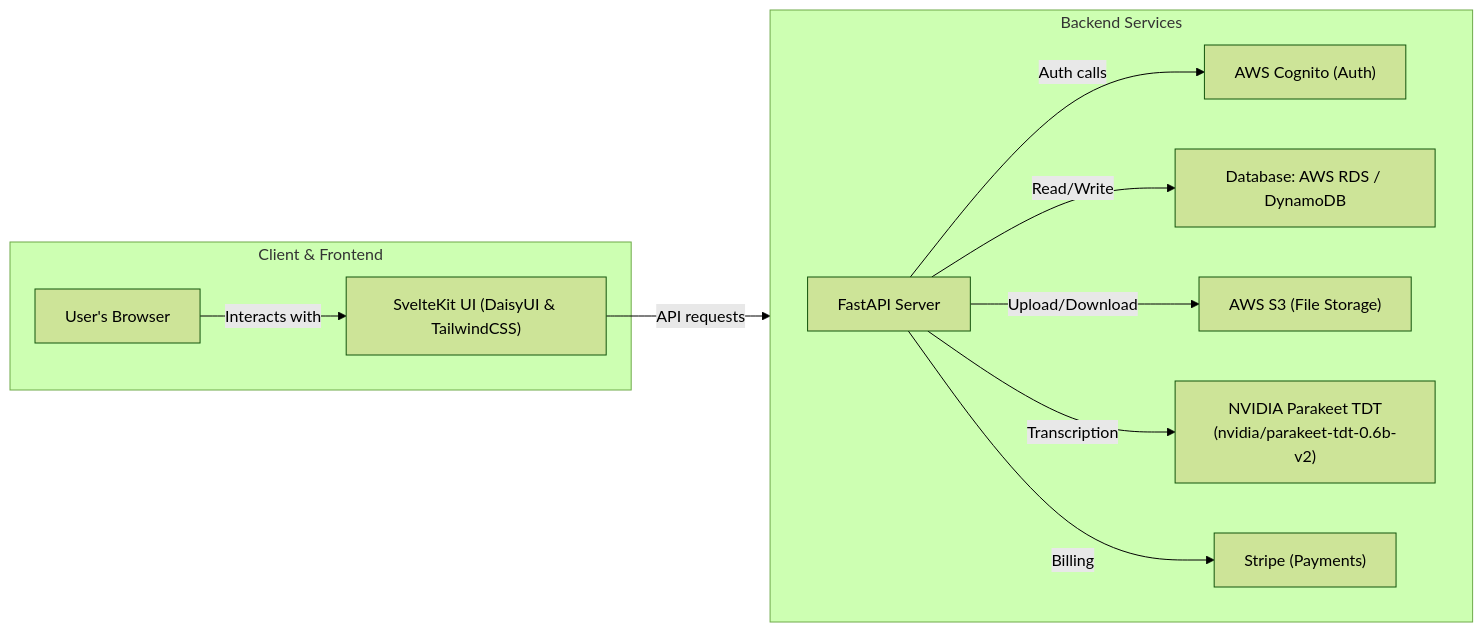
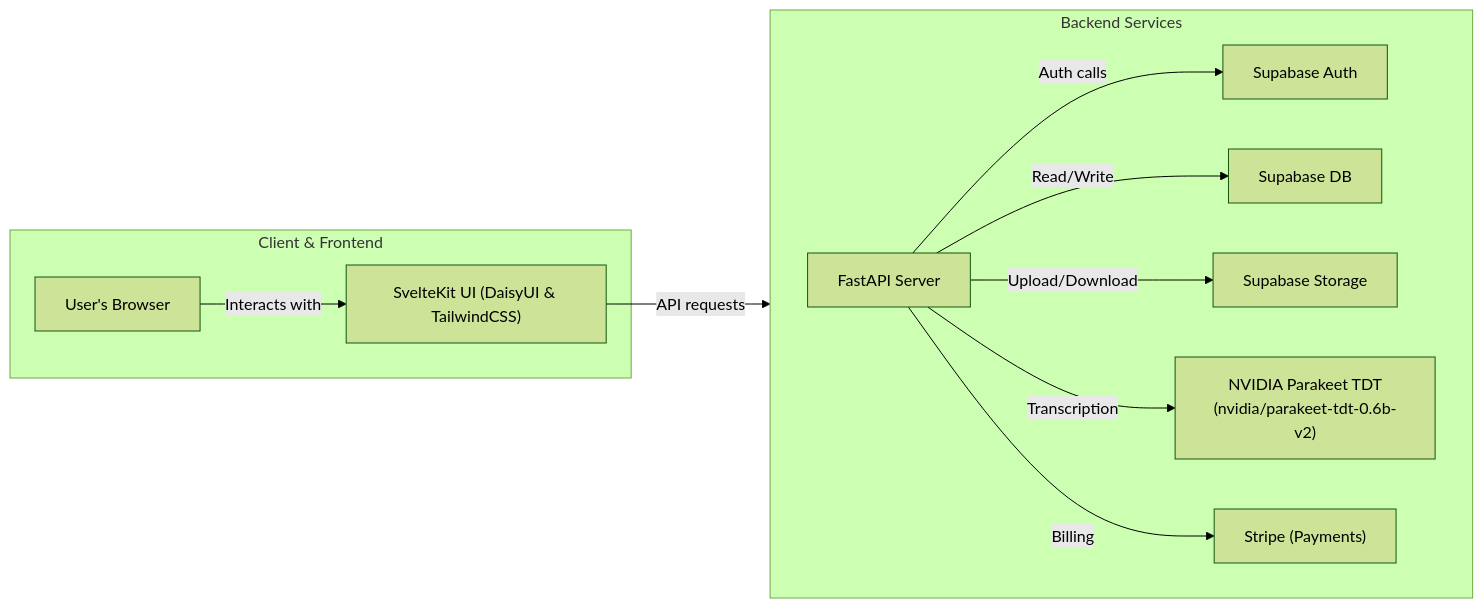
One commit to YatinKare/Student-LearnX changed the diagram in ARCHITECTURE.md. Above: the diagram before and after it, drawn with Mermaid (forest theme). The commit also changed other lines of this file and 10 other files, not shown here.

````diff
--- a/ARCHITECTURE.md
+++ b/ARCHITECTURE.md
@@ -21,24 +21,24 @@
 ```mermaid
 flowchart LR
   subgraph Client & Frontend
     A["User's Browser"]
     B["SvelteKit UI (DaisyUI & TailwindCSS)"]
     A -->|Interacts with| B
   end
 
   subgraph Backend Services
     direction LR
     C["FastAPI Server"]
-    D["AWS Cognito (Auth)"]
-    E["Database: AWS RDS / DynamoDB"]
-    F["AWS S3 (File Storage)"]
+    D["Supabase Auth"]
+    E["Supabase DB"]
+    F["Supabase Storage"]
     G["NVIDIA Parakeet TDT\n(nvidia/parakeet-tdt-0.6b-v2)"]
     H["Stripe (Payments)"]
     B -->|API requests| C
     C -->|Auth calls| D
     C -->|Read/Write| E
     C -->|Upload/Download| F
     C -->|Transcription| G
     C -->|Billing| H
   end
 ```
````
